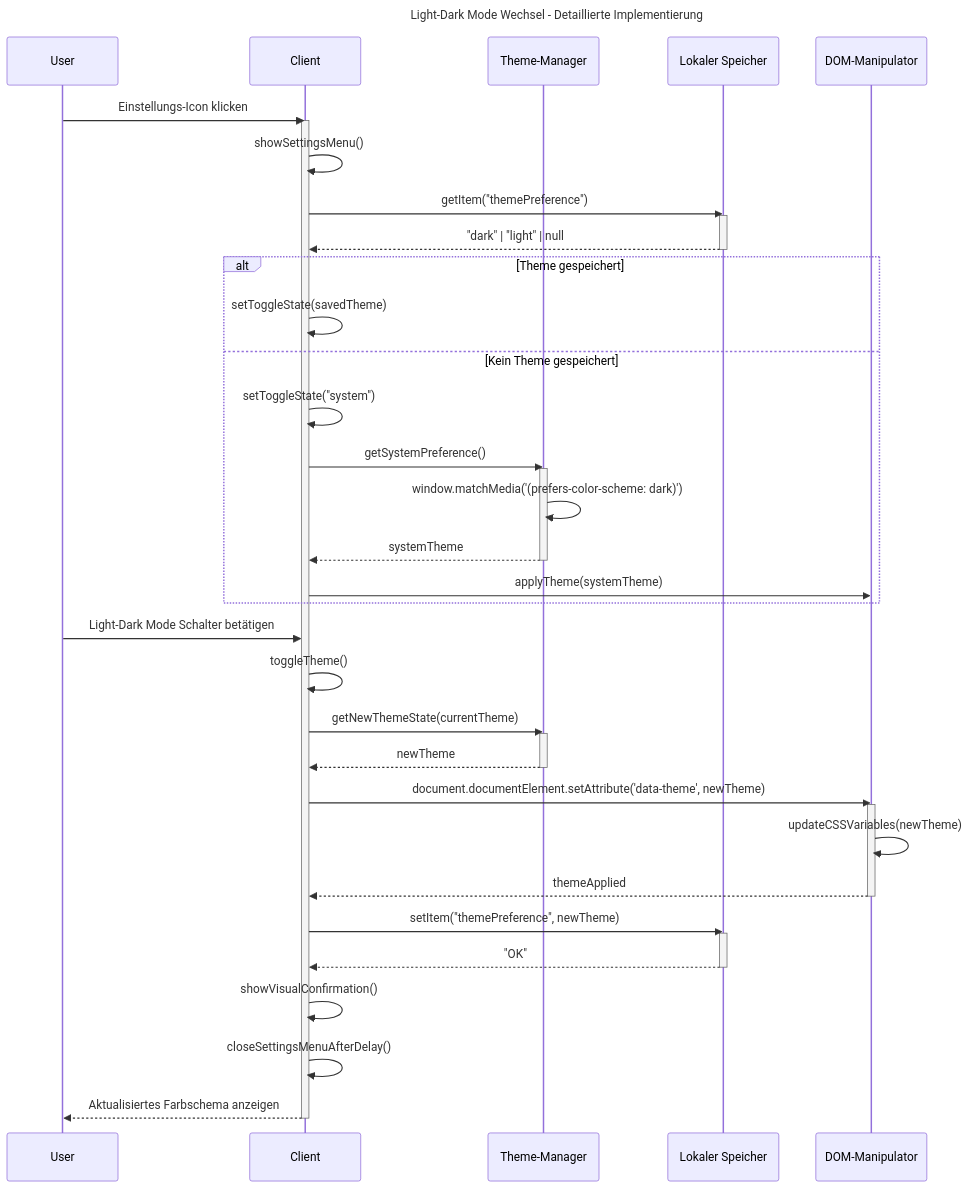
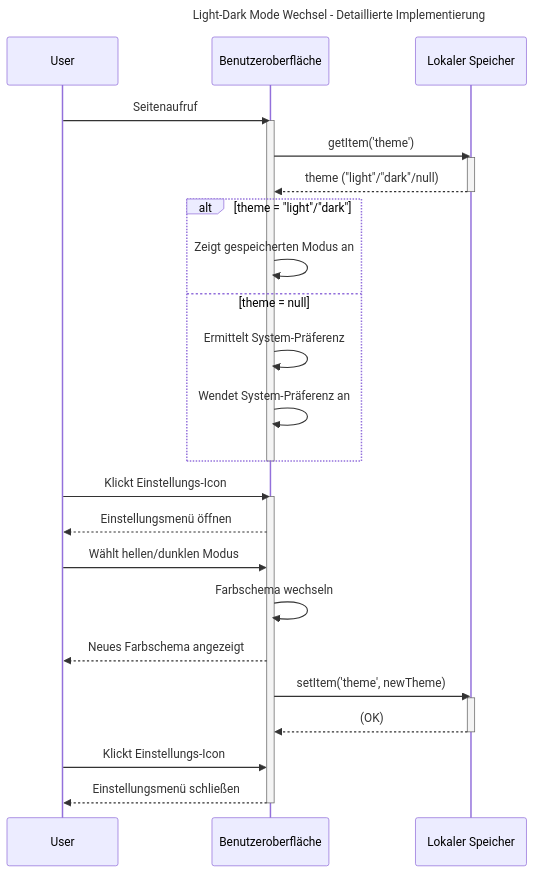
Before and after one commit to Hexfields-Studio/HexfieldsDominion-Artefacts: the first of 2 diagrams in srs/user_interface/light_dark_mode/light_dark_mode.md, drawn with Mermaid. The commit also changed other lines of this file and 4 other files, not shown here.

Commit message:
Added UC_Home_Page; Refreshed UC_Light_Dark_Mode

````diff
--- a/srs/user_interface/light_dark_mode/light_dark_mode.md
+++ b/srs/user_interface/light_dark_mode/light_dark_mode.md
@@ -31,54 +31,39 @@
 ```mermaid
 sequenceDiagram
     title Light-Dark Mode Wechsel - Detaillierte Implementierung
 
     participant User
-    participant Client
-    participant Theme as Theme-Manager
-    participant Local as Lokaler Speicher
-    participant DOM as DOM-Manipulator
+    participant UI as Benutzeroberfläche
+    participant Storage as Lokaler Speicher
 
-    User->>Client: Einstellungs-Icon klicken
-    activate Client
+    User->>UI: Seitenaufruf
+    activate UI
+    UI->>Storage: getItem('theme')
+    activate Storage
+    Storage-->>UI: theme ("light"/"dark"/null)
+    deactivate Storage
     
-    Client->>Client: showSettingsMenu()
-    Client->>Local: getItem("themePreference")
-    activate Local
-    Local-->>Client: "dark" | "light" | null
-    deactivate Local
+    alt theme = "light"/"dark"
+        UI->>UI: Zeigt gespeicherten Modus an
+    else theme = null
+        UI->>UI: Ermittelt System-Präferenz
+        UI->>UI: Wendet System-Präferenz an
+    end
+    deactivate UI
+
+    User->>UI: Klickt Einstellungs-Icon
+    activate UI
+    UI-->>User: Einstellungsmenü öffnen
+
+    User->>UI: Wählt hellen/dunklen Modus
+    UI->>UI: Farbschema wechseln
+    UI-->>User: Neues Farbschema angezeigt
+    UI->>Storage: setItem('theme', newTheme)
+    activate Storage
+    Storage-->>UI: (OK)
+    deactivate Storage
     
-    alt Theme gespeichert
-        Client->>Client: setToggleState(savedTheme)
-    else Kein Theme gespeichert
-        Client->>Client: setToggleState("system")
-        Client->>Theme: getSystemPreference()
-        activate Theme
-        Theme->>Theme: window.matchMedia('(prefers-color-scheme: dark)')
-        Theme-->>Client: systemTheme
-        deactivate Theme
-        Client->>DOM: applyTheme(systemTheme)
-    end
-    
-    User->>Client: Light-Dark Mode Schalter betätigen
-    Client->>Client: toggleTheme()
-    Client->>Theme: getNewThemeState(currentTheme)
-    activate Theme
-    Theme-->>Client: newTheme
-    deactivate Theme
-    
-    Client->>DOM: document.documentElement.setAttribute('data-theme', newTheme)
-    activate DOM
-    DOM->>DOM: updateCSSVariables(newTheme)
-    DOM-->>Client: themeApplied
-    deactivate DOM
-    
-    Client->>Local: setItem("themePreference", newTheme)
-    activate Local
-    Local-->>Client: "OK"
-    deactivate Local
-    
-    Client->>Client: showVisualConfirmation()
-    Client->>Client: closeSettingsMenuAfterDelay()
-    Client-->>User: Aktualisiertes Farbschema anzeigen
-    deactivate Client
+    User->>UI: Klickt Einstellungs-Icon
+    UI-->>User: Einstellungsmenü schließen
+    deactivate UI
 ```
````
